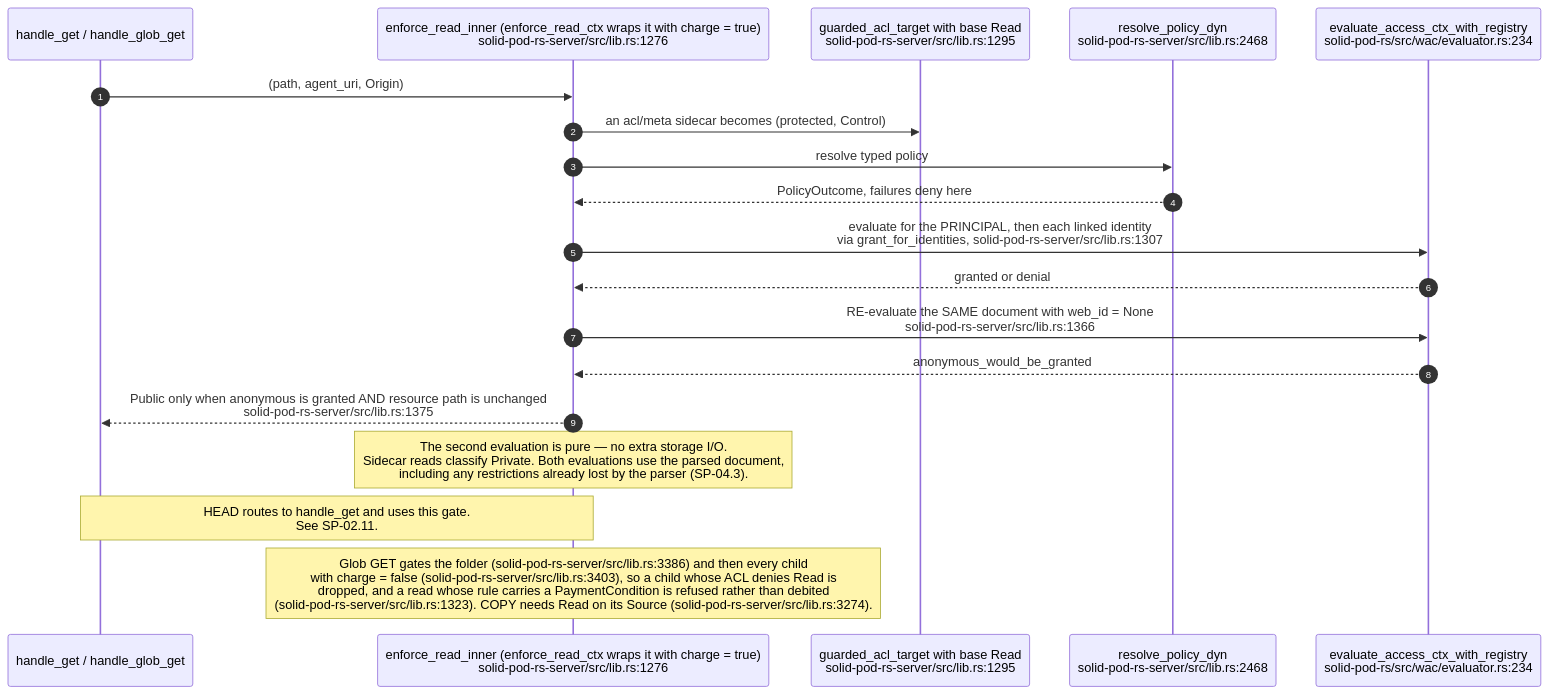
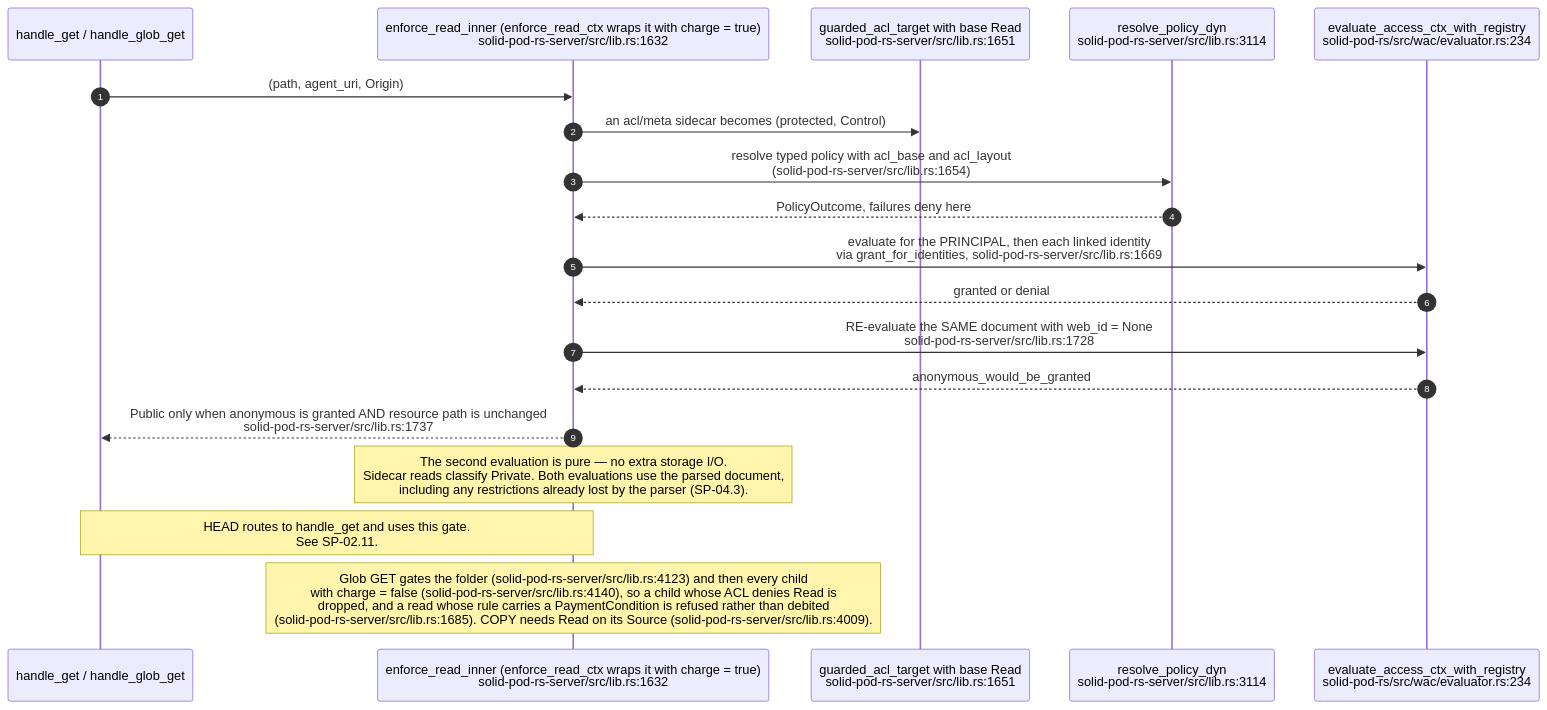
Before and after one commit to DreamLab-AI/VisionFlow: the second of 16 diagrams in docs/diagrams/solid-pod-rs/04-wac-authorisation.md, drawn with Mermaid. The commit also changed other lines of this file, not shown here.

First line of the commit message:
docs(diagrams): SP-04 re-verified at solid-pod-rs a28a748

````diff
--- a/docs/diagrams/solid-pod-rs/04-wac-authorisation.md
+++ b/docs/diagrams/solid-pod-rs/04-wac-authorisation.md
@@ -75,22 +82,22 @@
 ```mermaid
 sequenceDiagram
     autonumber
     participant H as handle_get / handle_glob_get
-    participant ER as enforce_read_inner (enforce_read_ctx wraps it with charge = true)<br/>solid-pod-rs-server/src/lib.rs:1276
-    participant ET as guarded_acl_target with base Read<br/>solid-pod-rs-server/src/lib.rs:1295
-    participant RP as resolve_policy_dyn<br/>solid-pod-rs-server/src/lib.rs:2468
+    participant ER as enforce_read_inner (enforce_read_ctx wraps it with charge = true)<br/>solid-pod-rs-server/src/lib.rs:1632
+    participant ET as guarded_acl_target with base Read<br/>solid-pod-rs-server/src/lib.rs:1651
+    participant RP as resolve_policy_dyn<br/>solid-pod-rs-server/src/lib.rs:3114
     participant EV as evaluate_access_ctx_with_registry<br/>solid-pod-rs/src/wac/evaluator.rs:234
 
     H->>ER: (path, agent_uri, Origin)
     ER->>ET: an acl/meta sidecar becomes (protected, Control)
-    ER->>RP: resolve typed policy
+    ER->>RP: resolve typed policy with acl_base and acl_layout<br/>(solid-pod-rs-server/src/lib.rs:1654)
     RP-->>ER: PolicyOutcome, failures deny here
-    ER->>EV: evaluate for the PRINCIPAL, then each linked identity<br/>via grant_for_identities, solid-pod-rs-server/src/lib.rs:1307
+    ER->>EV: evaluate for the PRINCIPAL, then each linked identity<br/>via grant_for_identities, solid-pod-rs-server/src/lib.rs:1669
     EV-->>ER: granted or denial
-    ER->>EV: RE-evaluate the SAME document with web_id = None<br/>solid-pod-rs-server/src/lib.rs:1366
+    ER->>EV: RE-evaluate the SAME document with web_id = None<br/>solid-pod-rs-server/src/lib.rs:1728
     EV-->>ER: anonymous_would_be_granted
-    ER-->>H: Public only when anonymous is granted AND resource path is unchanged<br/>solid-pod-rs-server/src/lib.rs:1375
+    ER-->>H: Public only when anonymous is granted AND resource path is unchanged<br/>solid-pod-rs-server/src/lib.rs:1737
     Note over ER: The second evaluation is pure — no extra storage I/O.<br/>Sidecar reads classify Private. Both evaluations use the parsed document,<br/>including any restrictions already lost by the parser (SP-04.3).
     Note over H,ER: HEAD routes to handle_get and uses this gate.<br/>See SP-02.11.
-    Note over ER: Glob GET gates the folder (solid-pod-rs-server/src/lib.rs:3386) and then every child<br/>with charge = false (solid-pod-rs-server/src/lib.rs:3403), so a child whose ACL denies Read is<br/>dropped, and a read whose rule carries a PaymentCondition is refused rather than debited<br/>(solid-pod-rs-server/src/lib.rs:1323). COPY needs Read on its Source (solid-pod-rs-server/src/lib.rs:3274).
+    Note over ER: Glob GET gates the folder (solid-pod-rs-server/src/lib.rs:4123) and then every child<br/>with charge = false (solid-pod-rs-server/src/lib.rs:4140), so a child whose ACL denies Read is<br/>dropped, and a read whose rule carries a PaymentCondition is refused rather than debited<br/>(solid-pod-rs-server/src/lib.rs:1685). COPY needs Read on its Source (solid-pod-rs-server/src/lib.rs:4009).
 ```
````
